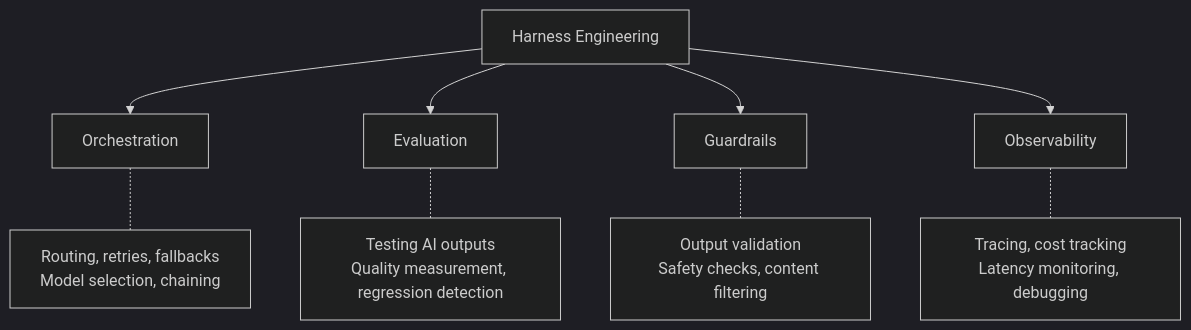
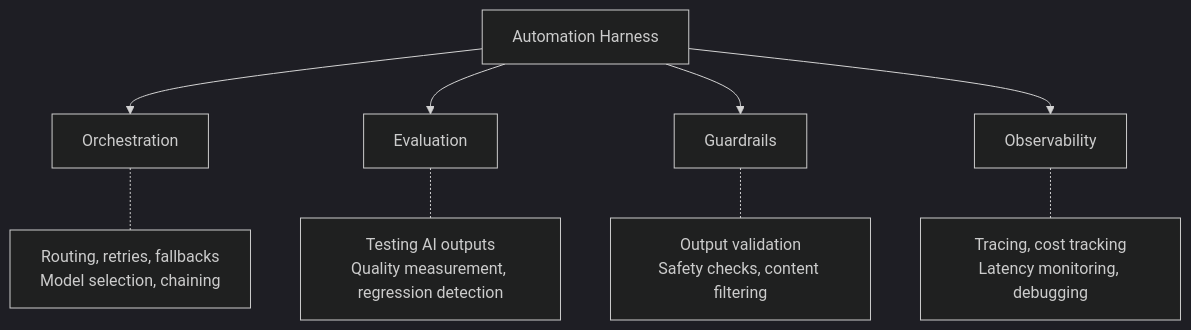
Before and after one commit to bernardmendonca/ai-engineering-playbook: the first of 4 diagrams in ai-engineering-practices/harness-engineering.md, drawn with Mermaid (dark theme). The commit also changed other lines of this file and 53 other files, not shown here.

````diff
--- a/ai-engineering-practices/harness-engineering.md
+++ b/ai-engineering-practices/harness-engineering.md
@@ -9,12 +11,12 @@
 ```mermaid
 flowchart TD
-    A[Harness Engineering] --> B[Orchestration]
+    A[Automation Harness] --> B[Orchestration]
     A --> C[Evaluation]
     A --> D[Guardrails]
     A --> E[Observability]
 
     B -.- B1[Routing, retries, fallbacks<br/>Model selection, chaining]
     C -.- C1[Testing AI outputs<br/>Quality measurement, regression detection]
     D -.- D1[Output validation<br/>Safety checks, content filtering]
     E -.- E1[Tracing, cost tracking<br/>Latency monitoring, debugging]
 ```
````
